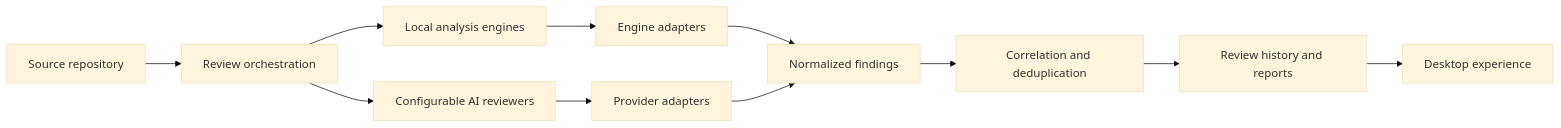
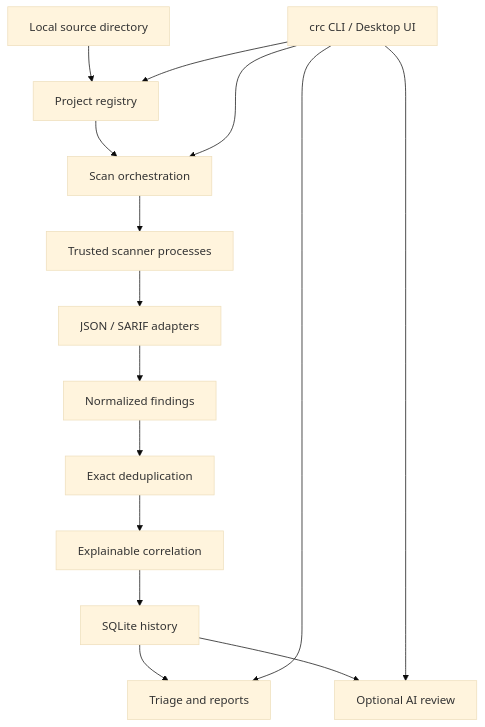
One commit to steno73mu/CODE-REVIEW-CENTER changed the diagram in README.md. Above: the diagram before and after it, drawn with Mermaid (base theme). The commit also changed other lines of this file, not shown here.

Commit message:
docs: rewrite README for the functional local-first MVP

````diff
--- a/README.md
+++ b/README.md
@@ -37,13 +40,17 @@
 ```mermaid
-flowchart LR
-    A[Source repository] --> B[Review orchestration]
-    B --> C[Local analysis engines]
-    B --> D[Configurable AI reviewers]
-    C --> E[Engine adapters]
-    D --> F[Provider adapters]
-    E --> G[Normalized findings]
-    F --> G
-    G --> H[Correlation and deduplication]
-    H --> I[Review history and reports]
-    I --> J[Desktop experience]
+flowchart TD
+    A[Local source directory] --> B[Project registry]
+    B --> C[Scan orchestration]
+    C --> D[Trusted scanner processes]
+    D --> E[JSON / SARIF adapters]
+    E --> F[Normalized findings]
+    F --> G[Exact deduplication]
+    G --> H[Explainable correlation]
+    H --> I[SQLite history]
+    I --> J[Triage and reports]
+    I --> K[Optional AI review]
+    L[crc CLI / Desktop UI] --> B
+    L --> C
+    L --> J
+    L --> K
 ```
````
